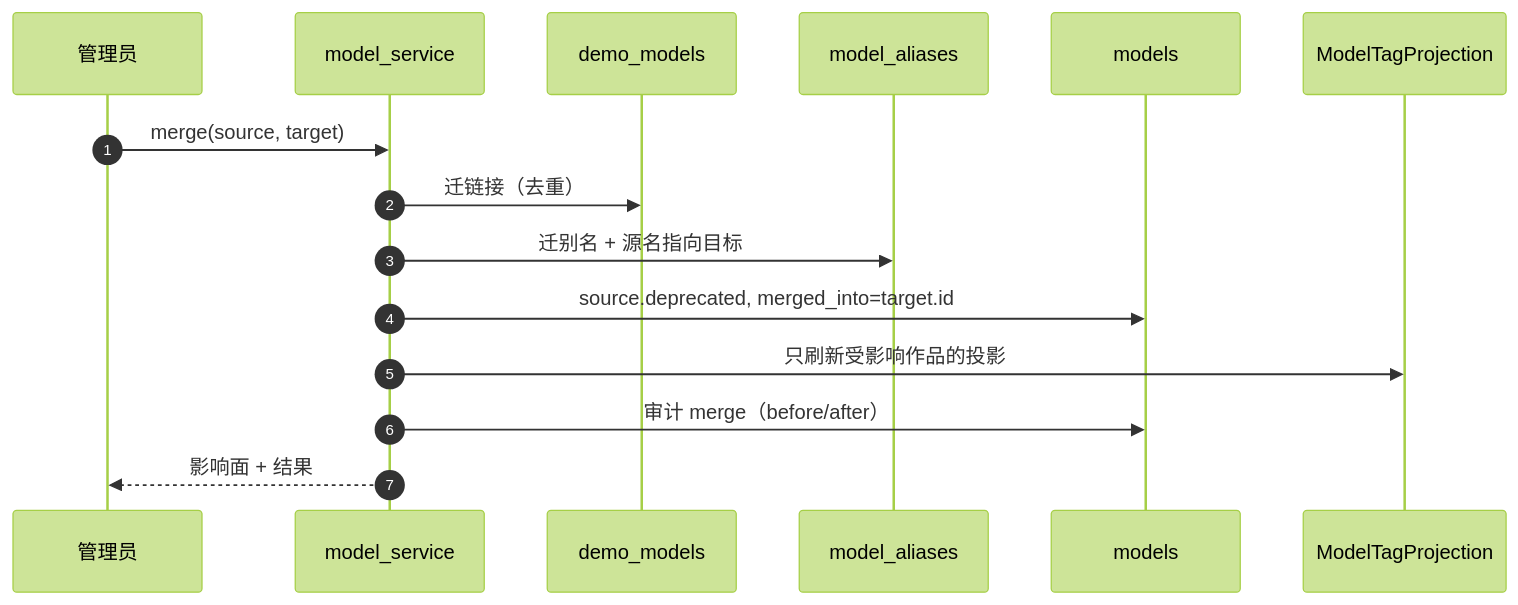
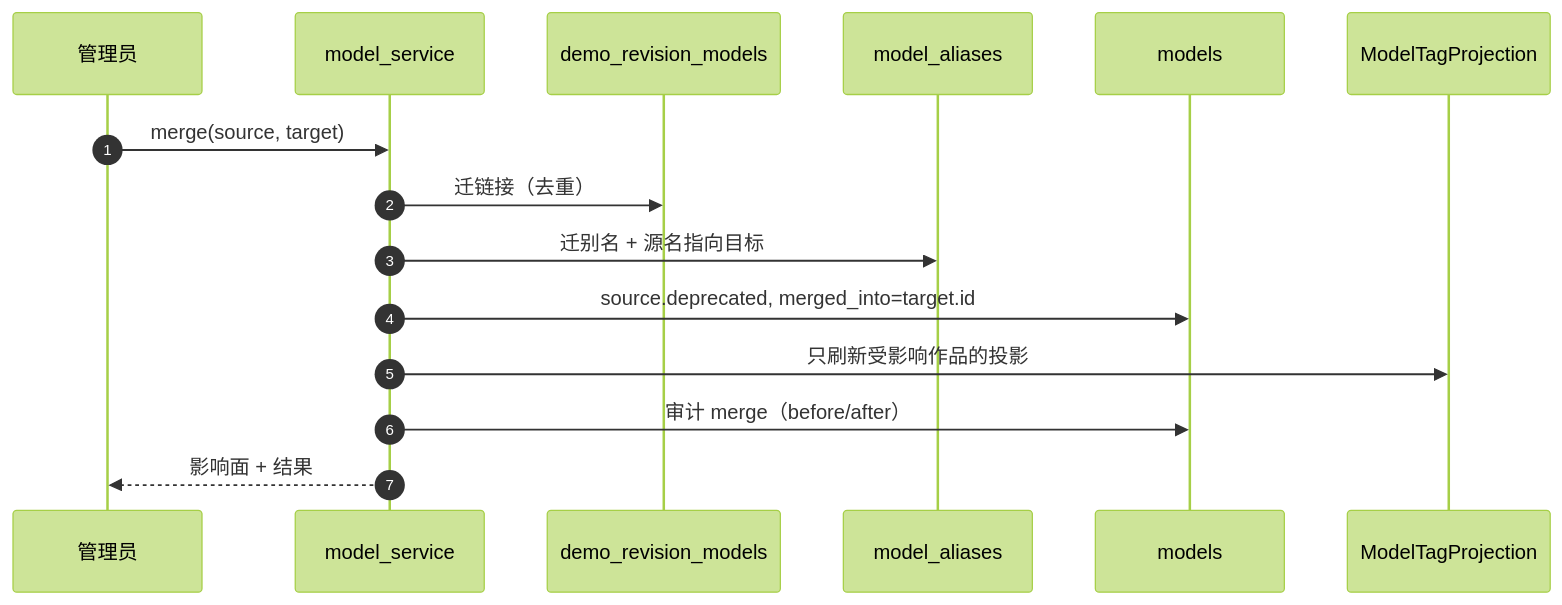
Diagram 11 of 14 in docs/模型域设计.md (deepdemos/ds-demos-showcase), drawn with Mermaid (forest theme) before and after one commit. The commit also changed other lines of this file and 36 other files, not shown here.

````diff
--- a/docs/模型域设计.md
+++ b/docs/模型域设计.md
@@ -1340,18 +1483,18 @@
 ```mermaid
 sequenceDiagram
     autonumber
     participant A as 管理员
     participant MS as model_service
-    participant DM as demo_models
+    participant DM as demo_revision_models
     participant AL as model_aliases
     participant M as models
     participant P as ModelTagProjection
 
     A->>MS: merge(source, target)
     MS->>DM: 迁链接（去重）
     MS->>AL: 迁别名 + 源名指向目标
     MS->>M: source.deprecated, merged_into=target.id
     MS->>P: 只刷新受影响作品的投影
     MS->>M: 审计 merge（before/after）
     MS-->>A: 影响面 + 结果
 ```
````
